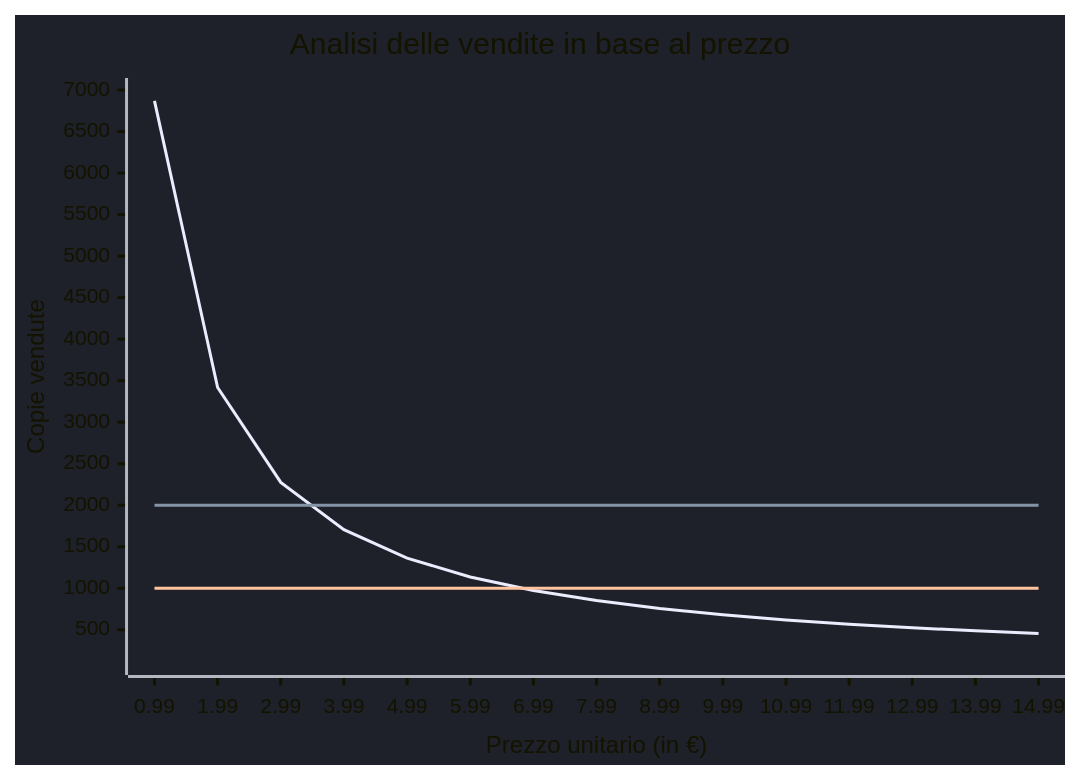
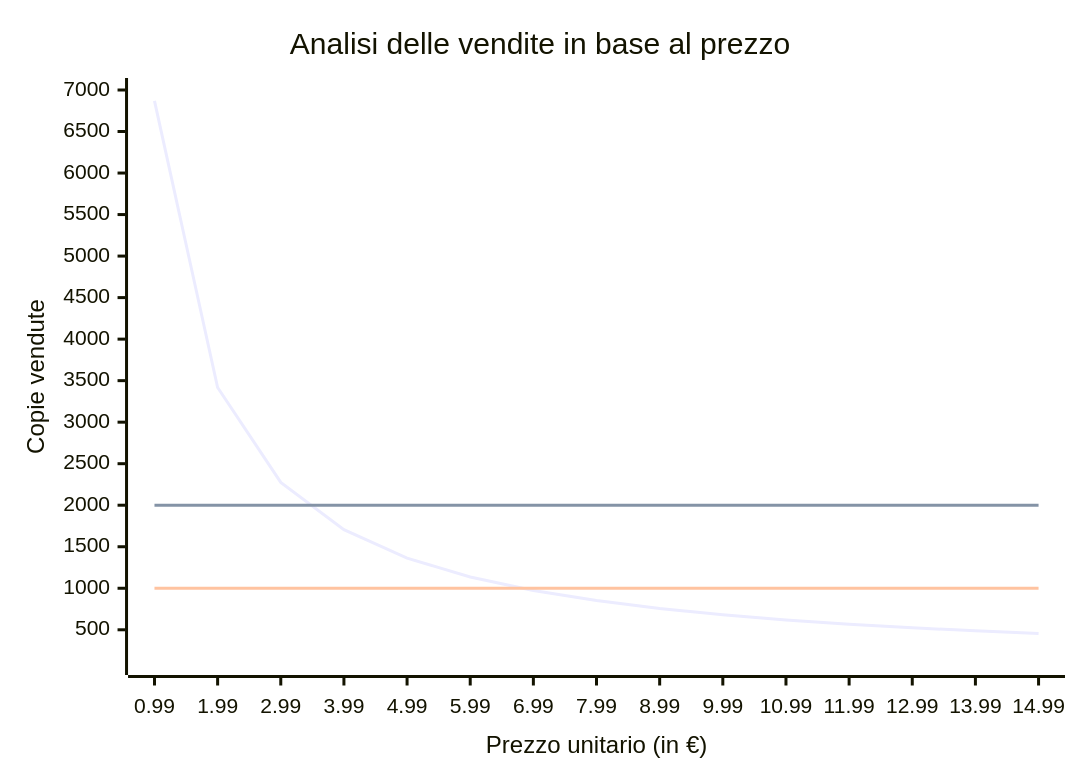
One commit to FilippoGurioli/super-chasm-hunter-pm changed the diagram in docs/Allegati/3 - Analisi Finanziaria.md. Above: the diagram before and after it, drawn with Mermaid. The commit also changed 6 other files, not shown here.

````diff
--- a/docs/Allegati/3 - Analisi Finanziaria.md
+++ b/docs/Allegati/3 - Analisi Finanziaria.md
@@ -31,17 +31,9 @@
 ```mermaid
----
-config:
-    themeVariables:
-        xyChart:
-            backgroundColor: "#1E2129"
-            xAxisLineColor: "#B4B7C0"
-            yAxisLineColor: "#B4B7C0"
----
 xychart-beta
     title "Analisi delle vendite in base al prezzo"
     x-axis "Prezzo unitario (in €)" [0.99,1.99,2.99,3.99,4.99,5.99,6.99,7.99,8.99,9.99,10.99,11.99,12.99,13.99,14.99]
     y-axis "Copie vendute" 100 --> 7000
     line [6869,3418,2275,1705,1363,1136,973,852,757,681,619,568,524,487,454,426,401]
     line [2000,2000,2000,2000,2000,2000,2000,2000,2000,2000,2000,2000,2000,2000,2000]
     line [1000,1000,1000,1000,1000,1000,1000,1000,1000,1000,1000,1000,1000,1000,1000]
 ```
````
